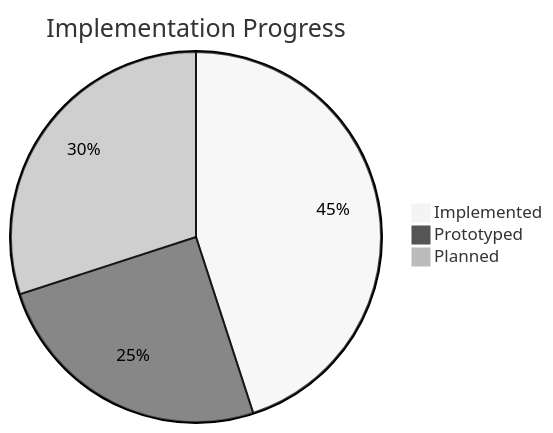
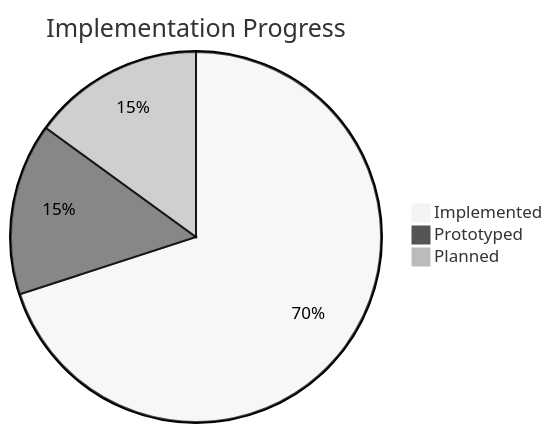
Before and after one commit to sp-mishra/pebble: the third of 3 diagrams in docs/manas/manas.md, drawn with Mermaid (neutral theme). The commit also changed other lines of this file and 14 other files, not shown here.

````diff
--- a/docs/manas/manas.md
+++ b/docs/manas/manas.md
@@ -113,6 +114,6 @@
 ```mermaid
 pie title Implementation Progress
-    "Implemented" : 45
-    "Prototyped" : 25
-    "Planned" : 30
+    "Implemented" : 70
+    "Prototyped" : 15
+    "Planned" : 15
 ```
````
